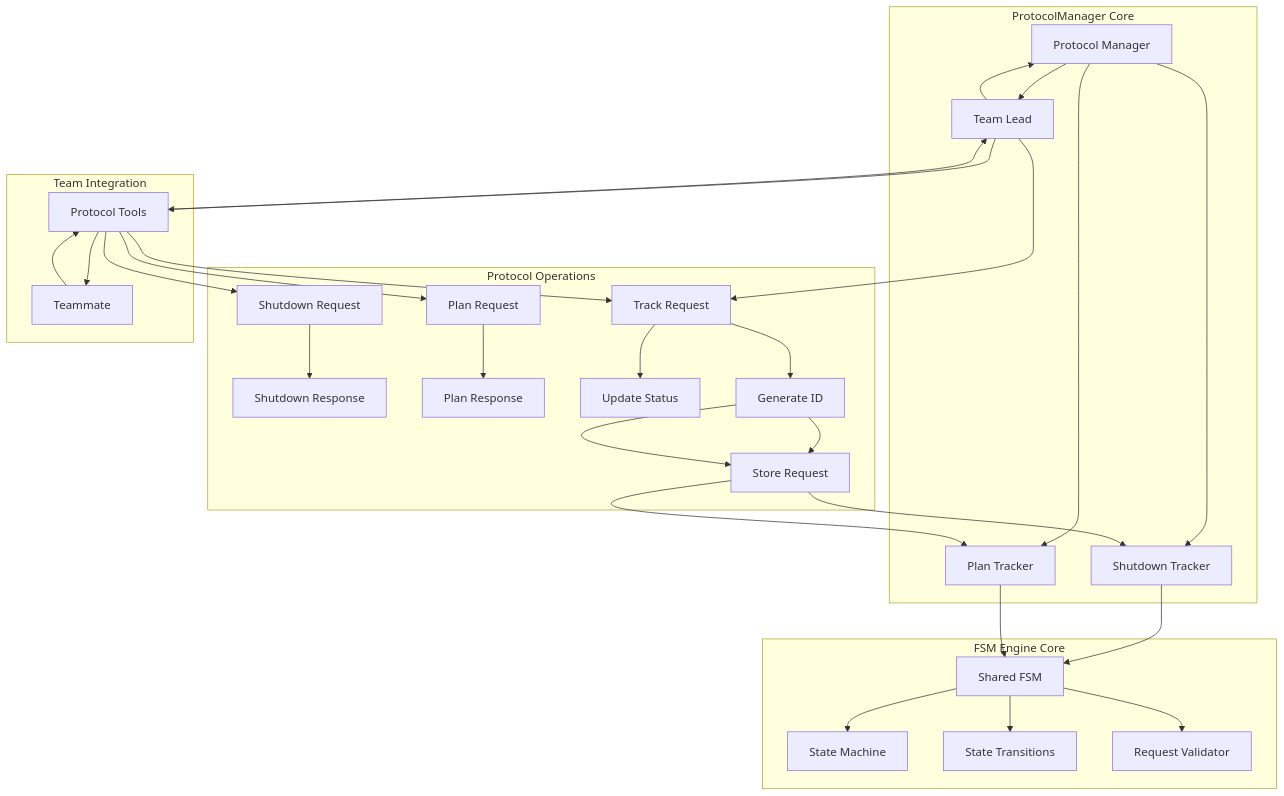
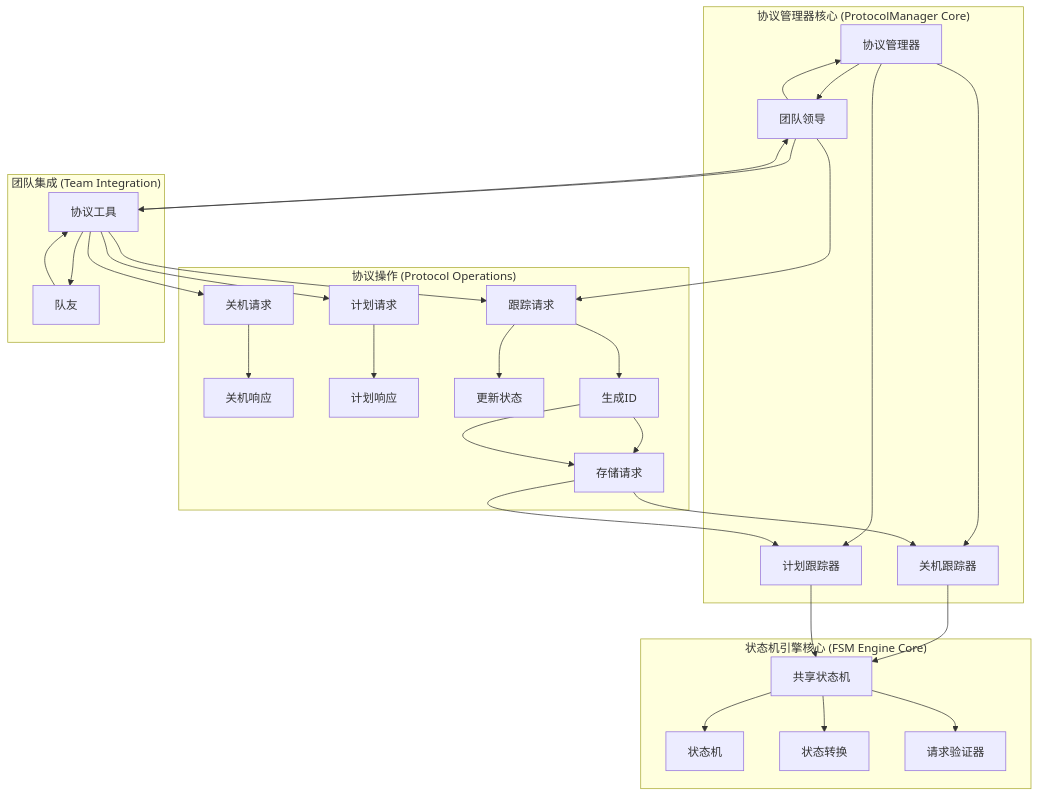
Before and after one commit to duzhenxun/ai-agent-study: the ninth of 9 diagrams in s10/s10-team-protocols.md, drawn with Mermaid. The commit also changed other lines of this file and 2 other files, not shown here.

````diff
--- a/s10/s10-team-protocols.md
+++ b/s10/s10-team-protocols.md
@@ -433,40 +433,40 @@
 ```mermaid
 graph TB
-    subgraph "ProtocolManager Core"
-        PM[Protocol Manager] --> ST[Shutdown Tracker]
-        PM --> PT[Plan Tracker]
-        PM --> TL[Tracker Lock]
+    subgraph "协议管理器核心 (ProtocolManager Core)"
+        PM[协议管理器] --> ST[关机跟踪器]
+        PM --> PT[计划跟踪器]
+        PM --> TL[跟踪器锁]
     end
 
-    subgraph "FSM Engine Core"
-        FSM[Shared FSM] --> States[State Machine]
-        FSM --> Transitions[State Transitions]
-        FSM --> Validator[Request Validator]
+    subgraph "状态机引擎核心 (FSM Engine Core)"
+        FSM[共享状态机] --> States[状态机]
+        FSM --> Transitions[状态转换]
+        FSM --> Validator[请求验证器]
     end
 
-    subgraph "Protocol Operations"
-        ShutdownReq[Shutdown Request] --> ShutdownResp[Shutdown Response]
-        PlanReq[Plan Request] --> PlanResp[Plan Response]
-        Track[Track Request] --> Update[Update Status]
-        Generate[Generate ID] --> Store[Store Request]
+    subgraph "协议操作 (Protocol Operations)"
+        ShutdownReq[关机请求] --> ShutdownResp[关机响应]
+        PlanReq[计划请求] --> PlanResp[计划响应]
+        Track[跟踪请求] --> Update[更新状态]
+        Generate[生成ID] --> Store[存储请求]
     end
 
-    subgraph "Team Integration"
-        TL[Team Lead] --> ProtocolTools[Protocol Tools]
-        Teammate[Teammate] --> ProtocolTools
+    subgraph "团队集成 (Team Integration)"
+        TL[团队领导] --> ProtocolTools[协议工具]
+        Teammate[队友] --> ProtocolTools
         ProtocolTools --> ShutdownReq
         ProtocolTools --> PlanReq
         ProtocolTools --> Track
         ProtocolTools --> TL
         ProtocolTools --> Teammate
     end
 
     TL --> PM
     ST --> FSM
     PT --> FSM
     TL --> Track
     Track --> Generate
     Generate --> Store
     Store --> ST
     Store --> PT
 ```
````
